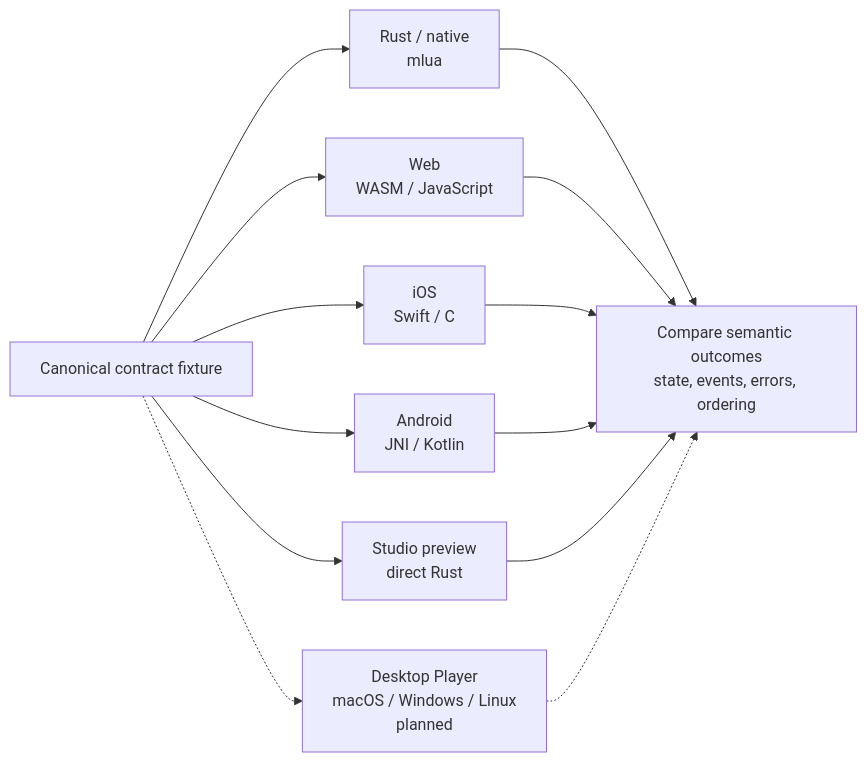
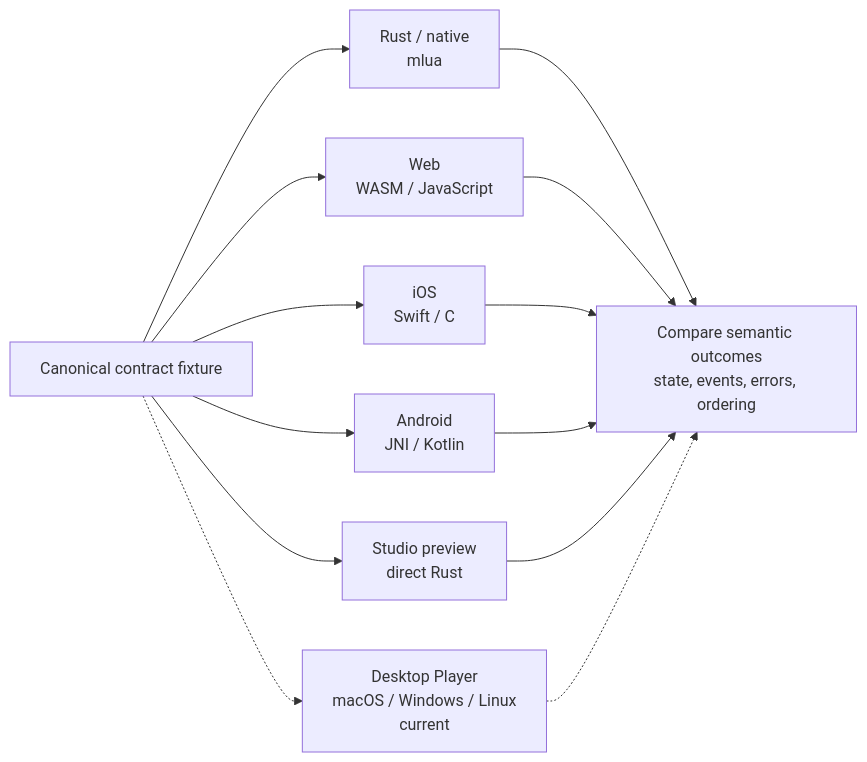
One commit to cubacadabra/docs changed the diagram in compatibility/host-conformance.md. Above: the diagram before and after it, drawn with Mermaid. The commit also changed other lines of this file and 9 other files, not shown here.

````diff
--- a/compatibility/host-conformance.md
+++ b/compatibility/host-conformance.md
@@ -13,18 +13,18 @@
 ```mermaid
 flowchart LR
     Fixture["Canonical contract fixture"]
     Native["Rust / native<br/>mlua"]
     Web["Web<br/>WASM / JavaScript"]
     IOS["iOS<br/>Swift / C"]
     Android["Android<br/>JNI / Kotlin"]
     Studio["Studio preview<br/>direct Rust"]
-    Desktop["Desktop Player<br/>macOS / Windows / Linux<br/>planned"]
+    Desktop["Desktop Player<br/>macOS / Windows / Linux<br/>current"]
     Compare["Compare semantic outcomes<br/>state, events, errors, ordering"]
 
     Fixture --> Native --> Compare
     Fixture --> Web --> Compare
     Fixture --> IOS --> Compare
     Fixture --> Android --> Compare
     Fixture --> Studio --> Compare
     Fixture -.-> Desktop -.-> Compare
 ```
````
